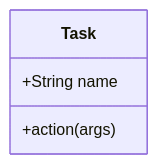
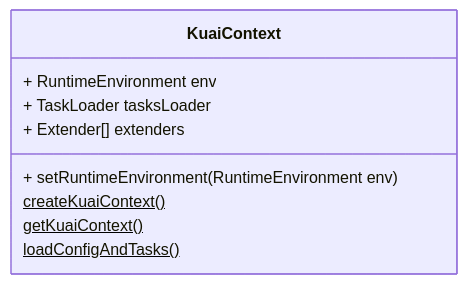
One commit to ckb-js/kuai changed the second of 3 diagrams in task-system-design.md. Above: the diagram before and after it, drawn with Mermaid. The commit also changed other lines of this file, not shown here.

````diff
--- a/task-system-design.md
+++ b/task-system-design.md
@@ -21,7 +50,13 @@
 ```mermaid
-classDiagram
-  class Task {
-      +String name
-      +action(args)
+  classDiagram
+  class KuaiContext {
+    + RuntimeEnvironment env
+    + TaskLoader tasksLoader
+    + Extender[] extenders
+
+    + setRuntimeEnvironment(RuntimeEnvironment env)
+    createKuaiContext()$
+    getKuaiContext()$
+    loadConfigAndTasks()$
   }
 ```
````
